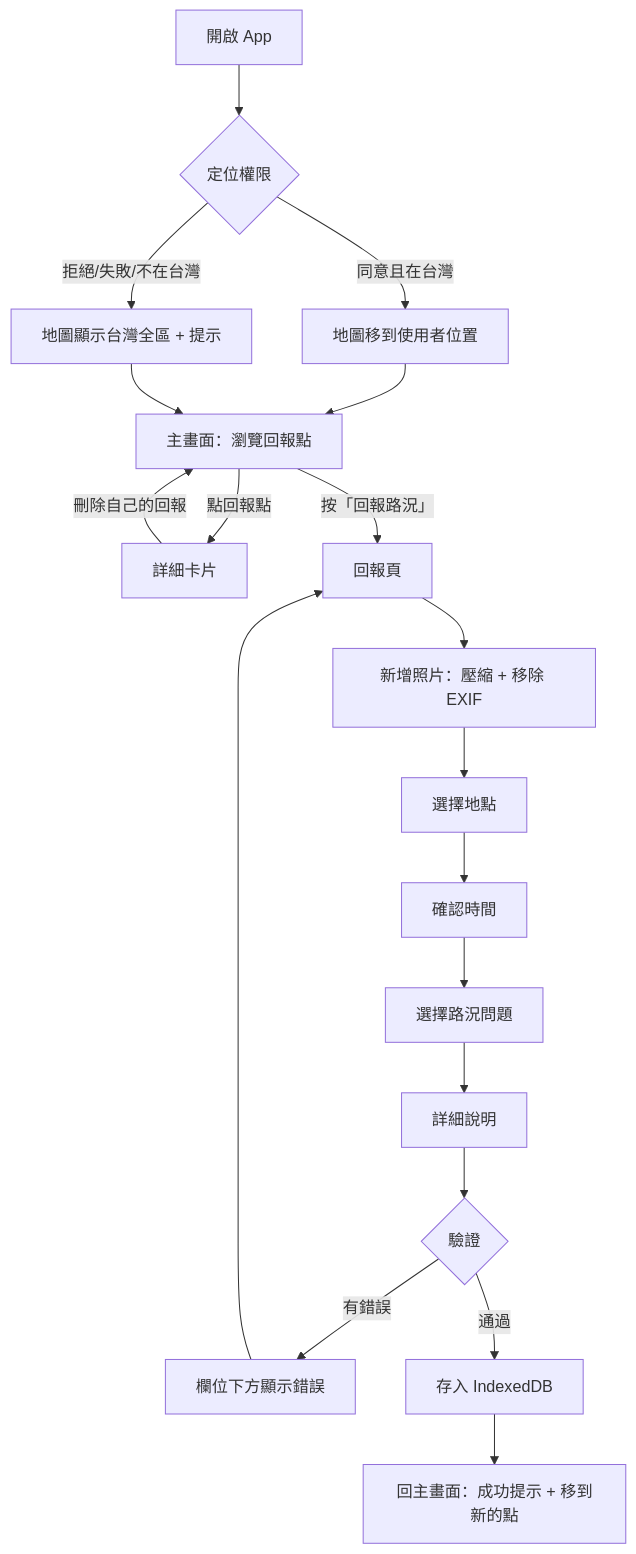
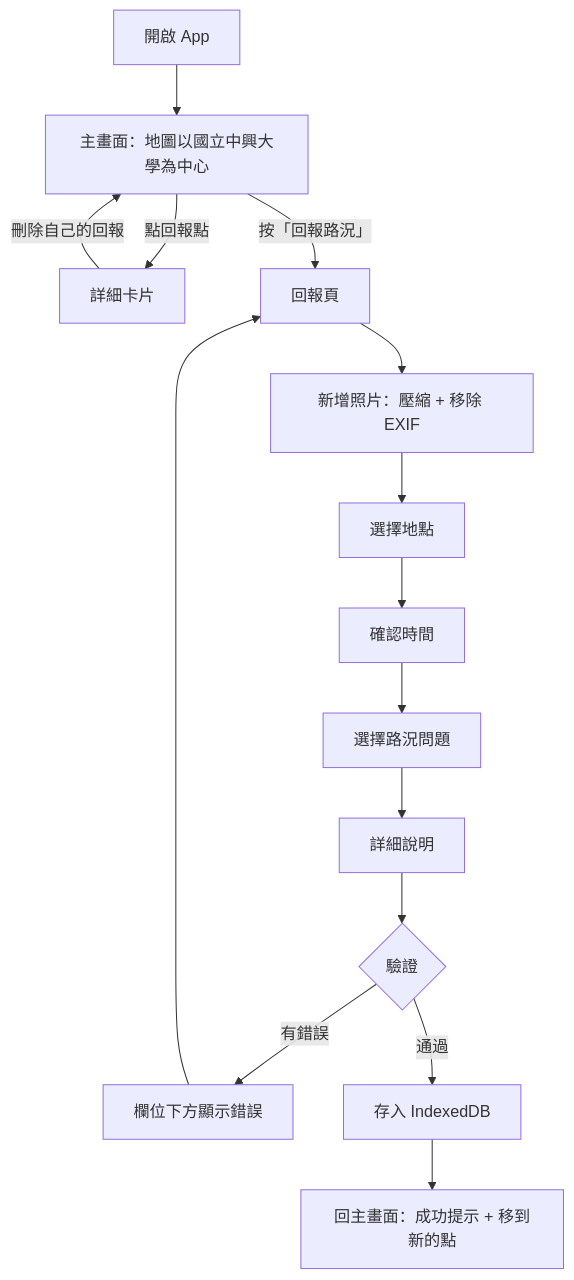
Before and after one commit to bluedog0050/passenger: the first of 2 diagrams in docs/spec.md, drawn with Mermaid. The commit also changed other lines of this file and 20 other files, not shown here.

````diff
--- a/docs/spec.md
+++ b/docs/spec.md
@@ -113,20 +111,16 @@
 ```mermaid
 flowchart TD
-    A[開啟 App] --> B{定位權限}
-    B -- 同意且在台灣 --> C[地圖移到使用者位置]
-    B -- 拒絕/失敗/不在台灣 --> D[地圖顯示台灣全區 + 提示]
-    C --> E[主畫面：瀏覽回報點]
-    D --> E
+    A[開啟 App] --> E[主畫面：地圖以國立中興大學為中心]
     E -- 點回報點 --> F[詳細卡片]
     F -- 刪除自己的回報 --> E
     E -- 按「回報路況」 --> G[回報頁]
     G --> H[新增照片：壓縮 + 移除 EXIF]
     H --> I[選擇地點]
     I --> J[確認時間]
     J --> K[選擇路況問題]
     K --> L[詳細說明]
     L --> M{驗證}
     M -- 有錯誤 --> N[欄位下方顯示錯誤] --> G
     M -- 通過 --> O[存入 IndexedDB]
     O --> P[回主畫面：成功提示 + 移到新的點]
 ```
````
